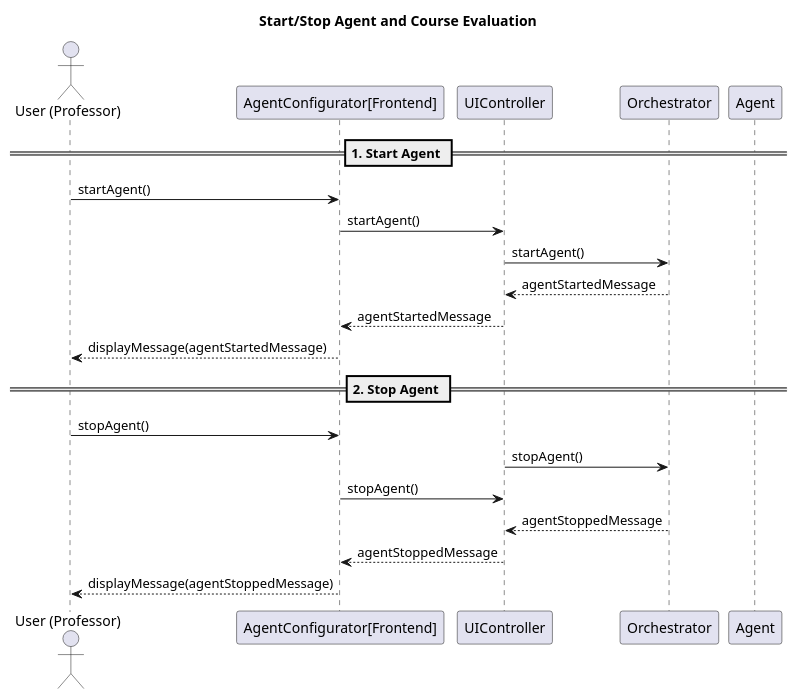
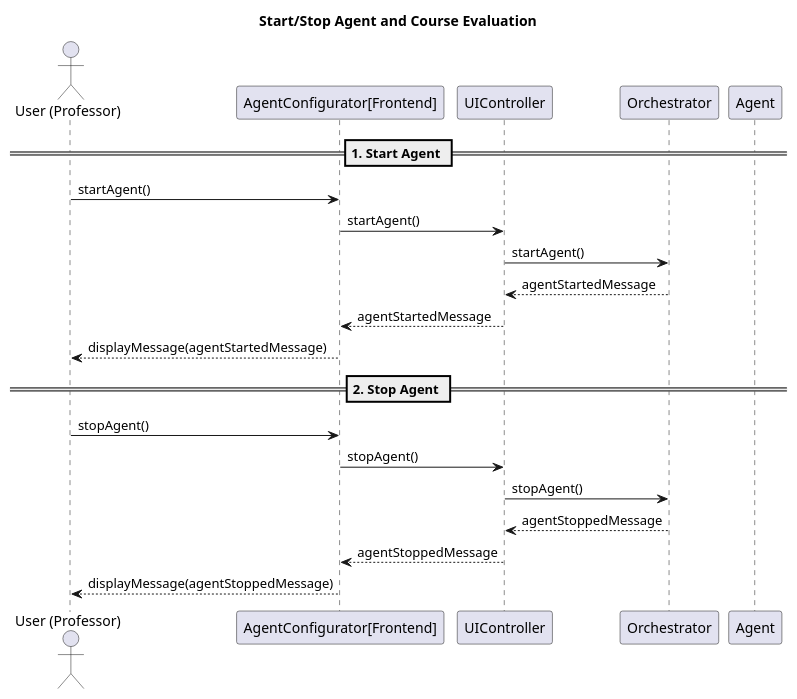
Before and after one commit to gmaragao/profAI: the diagram in arch/start_agent_sequence.puml, drawn with PlantUML. The commit also changed other lines of this file and 10 other files, not shown here.

Commit message:
update diagrams, rename, fix readme and remove unnecessary files

```diff
--- a/arch/start_agent_sequence.puml
+++ b/arch/start_agent_sequence.puml
@@ -1,26 +1,26 @@
 @startuml
 title Start/Stop Agent and Course Evaluation
 actor "User (Professor)" as User
 
 participant "AgentConfigurator[Frontend]" as AgentConfigurator
 participant UIController
 participant Orchestrator
 participant Agent
 
 == 1. Start Agent ==
 User -> AgentConfigurator : startAgent()
 AgentConfigurator -> UIController : startAgent()
 UIController -> Orchestrator : startAgent()
 Orchestrator --> UIController : agentStartedMessage
 UIController --> AgentConfigurator : agentStartedMessage
 AgentConfigurator --> User : displayMessage(agentStartedMessage)
 
 == 2. Stop Agent ==
 User -> AgentConfigurator : stopAgent()
+AgentConfigurator -> UIController : stopAgent()
 UIController -> Orchestrator : stopAgent()
-AgentConfigurator -> UIController : stopAgent()
 Orchestrator --> UIController : agentStoppedMessage
 UIController --> AgentConfigurator : agentStoppedMessage
 AgentConfigurator --> User : displayMessage(agentStoppedMessage)
 
 @enduml
```
